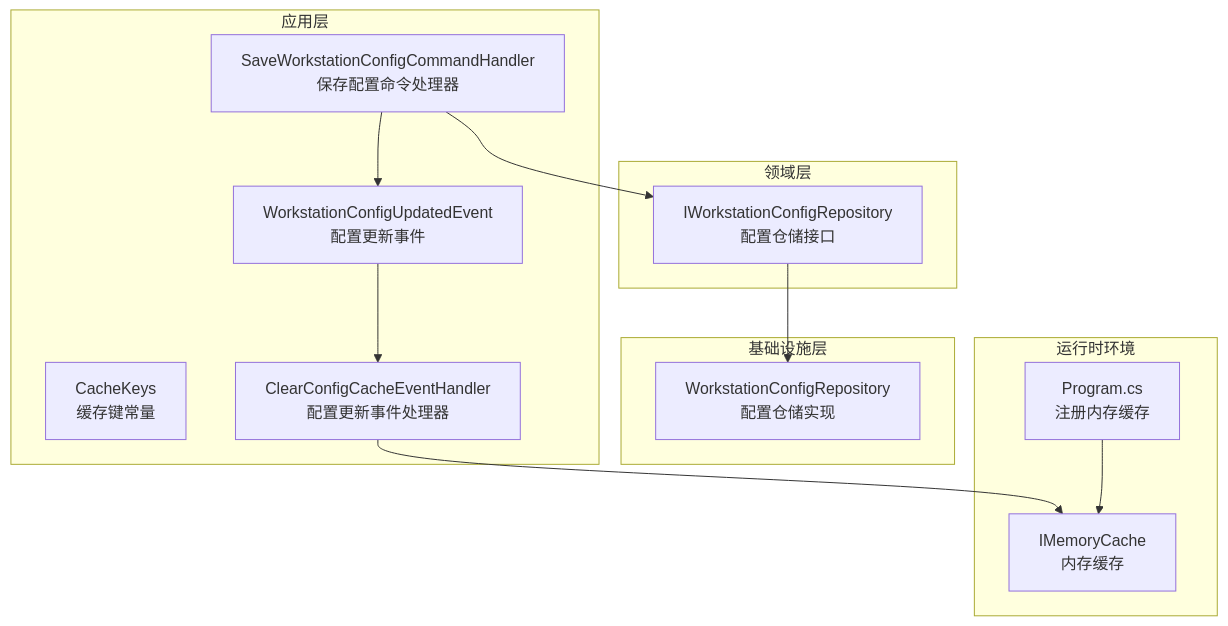
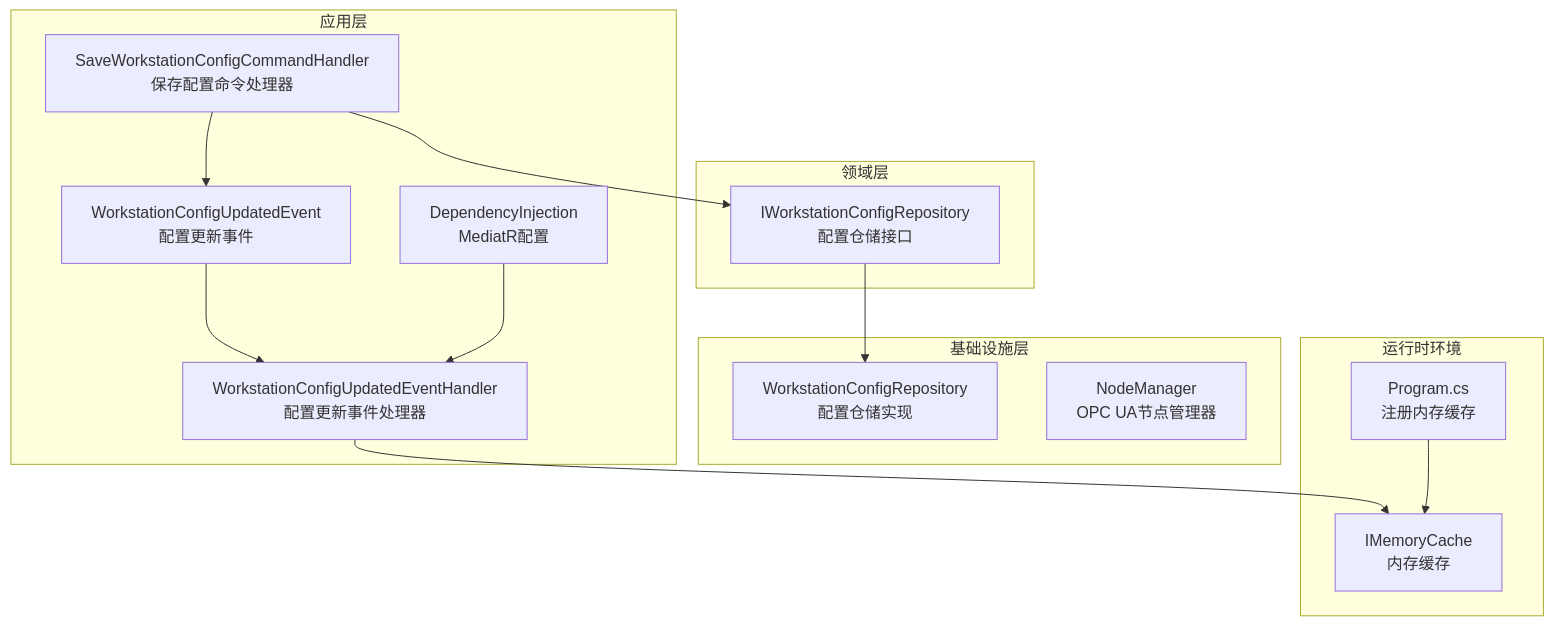
Before and after one commit to whitemousetl/IndustrialDataSolution: the first of 4 diagrams in .qoder/repowiki/zh/content/应用服务层/缓存管理.md, drawn with Mermaid. The commit also changed other lines of this file and 18 other files, not shown here.

````diff
--- a/.qoder/repowiki/zh/content/应用服务层/缓存管理.md
+++ b/.qoder/repowiki/zh/content/应用服务层/缓存管理.md
@@ -42,25 +49,27 @@
 ```mermaid
 graph TB
 subgraph "应用层"
-CK["CacheKeys<br/>缓存键常量"]
-EH["ClearConfigCacheEventHandler<br/>配置更新事件处理器"]
+EVT["WorkstationConfigUpdatedEvent<br/>配置更新事件"]
+EH["WorkstationConfigUpdatedEventHandler<br/>配置更新事件处理器"]
 CMD["SaveWorkstationConfigCommandHandler<br/>保存配置命令处理器"]
-EVT["WorkstationConfigUpdatedEvent<br/>配置更新事件"]
+DI["DependencyInjection<br/>MediatR配置"]
 end
 subgraph "领域层"
 IR["IWorkstationConfigRepository<br/>配置仓储接口"]
 end
 subgraph "基础设施层"
 R["WorkstationConfigRepository<br/>配置仓储实现"]
+NM["NodeManager<br/>OPC UA节点管理器"]
 end
 subgraph "运行时环境"
 MC["IMemoryCache<br/>内存缓存"]
 PRG["Program.cs<br/>注册内存缓存"]
 end
 CMD --> EVT
 EVT --> EH
 EH --> MC
 CMD --> IR
 IR --> R
 PRG --> MC
+DI --> EH
 ```
````
